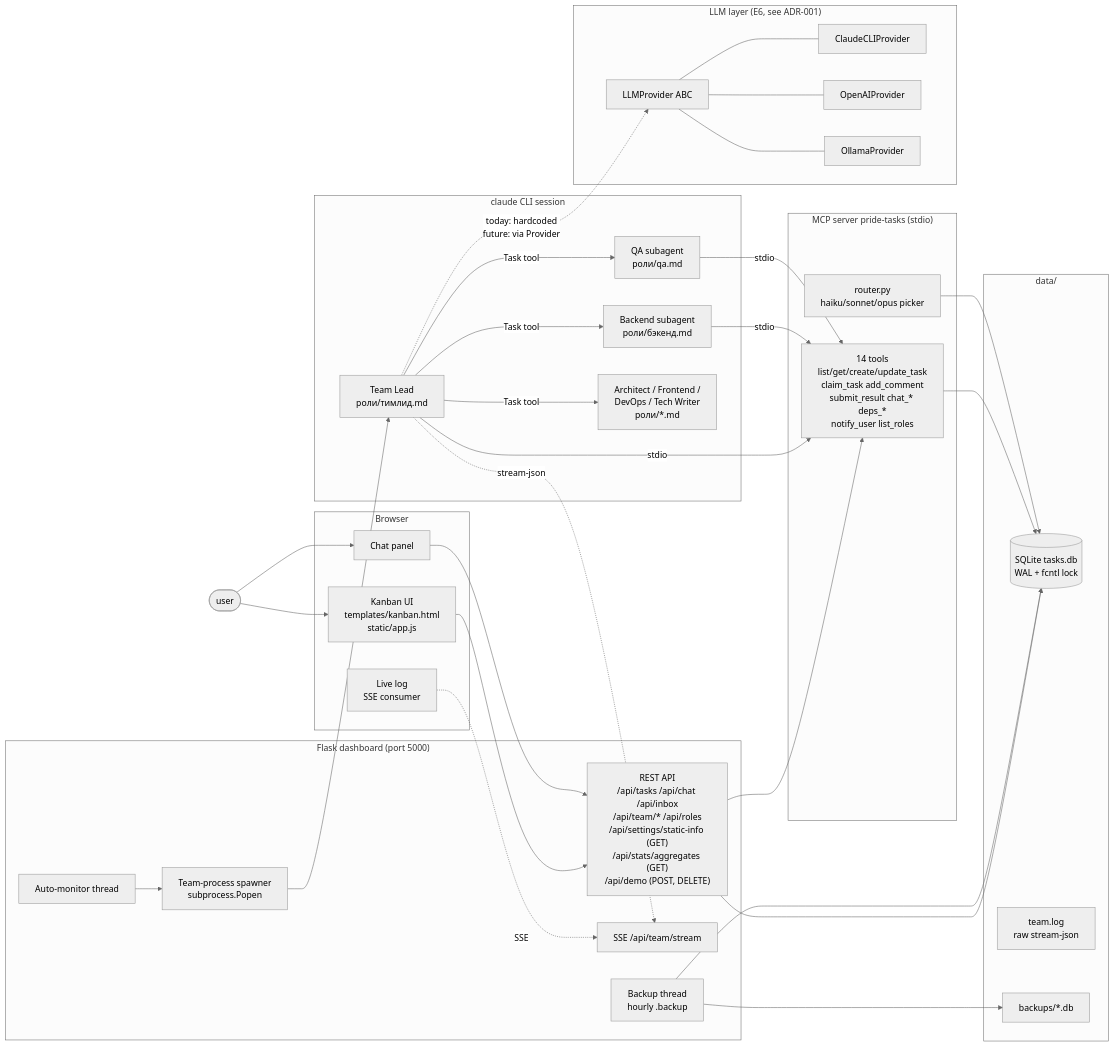
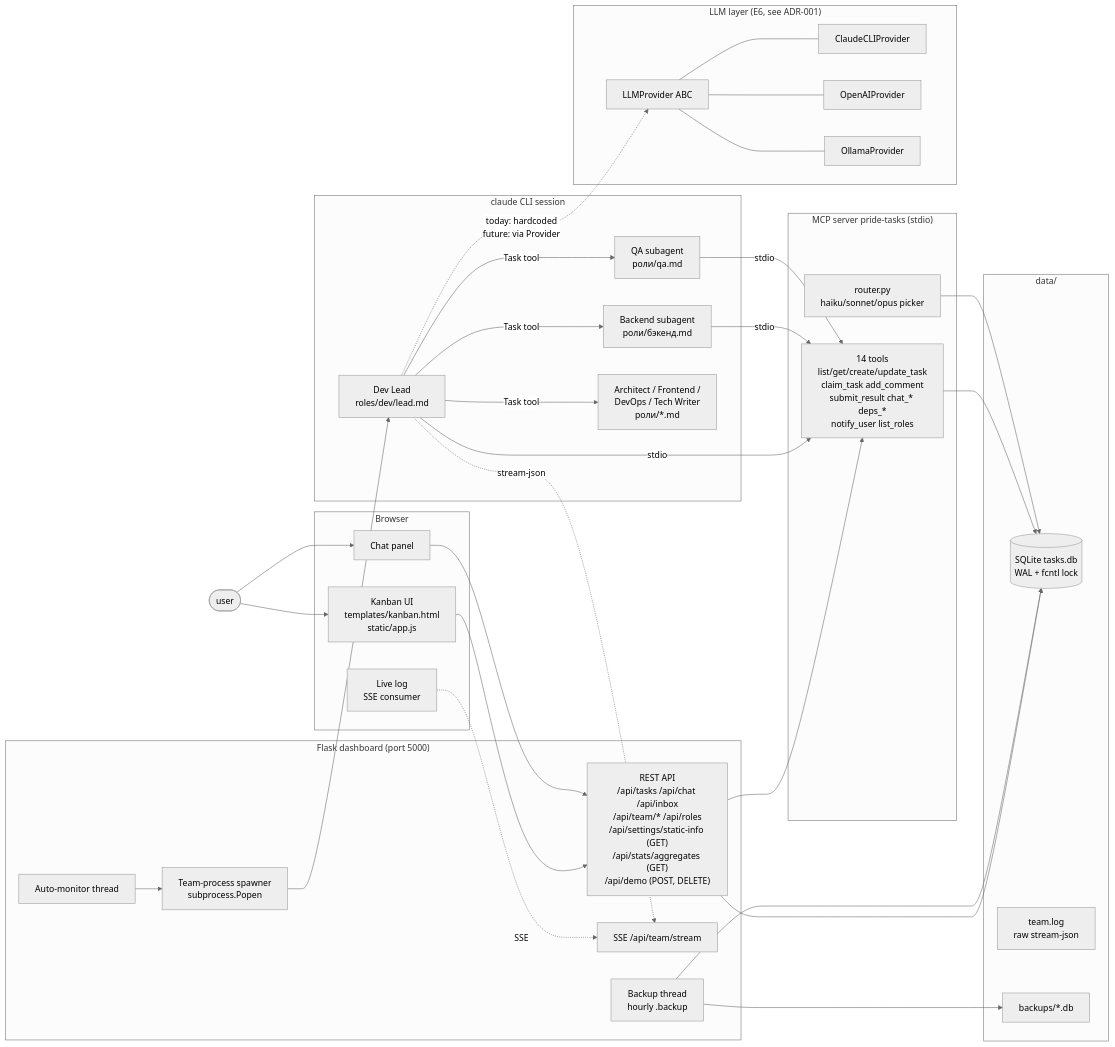
Before and after one commit to rdm9x/devboard: the first of 5 diagrams in ARCHITECTURE.md, drawn with Mermaid (neutral theme). The commit also changed other lines of this file and 26 other files, not shown here.

````diff
--- a/ARCHITECTURE.md
+++ b/ARCHITECTURE.md
@@ -51,68 +51,68 @@
 ```mermaid
 graph LR
     User([user])
 
     subgraph Browser
         Kanban[Kanban UI<br/>templates/kanban.html<br/>static/app.js]
         Chat[Chat panel]
         LiveLog[Live log<br/>SSE consumer]
     end
 
     subgraph Flask["Flask dashboard (port 5000)"]
         REST["REST API<br/>/api/tasks /api/chat /api/inbox<br/>/api/team/* /api/roles<br/>/api/settings/static-info (GET)<br/>/api/stats/aggregates (GET)<br/>/api/demo (POST, DELETE)"]
         SSE["SSE /api/team/stream"]
         Spawner[Team-process spawner<br/>subprocess.Popen]
         AutoMon[Auto-monitor thread]
         Backup[Backup thread<br/>hourly .backup]
     end
 
     subgraph Storage["data/"]
         DB[(SQLite tasks.db<br/>WAL + fcntl lock)]
         Log[team.log<br/>raw stream-json]
         Backups[backups/*.db]
     end
 
     subgraph Agents["claude CLI session"]
-        Lead[Team Lead<br/>роли/тимлид.md]
+        Lead[Dev Lead<br/>roles/dev/lead.md]
         SubBE[Backend subagent<br/>роли/бэкенд.md]
         SubQA[QA subagent<br/>роли/qa.md]
         SubOpt[Architect / Frontend /<br/>DevOps / Tech Writer<br/>роли/*.md]
     end
 
     subgraph MCP["MCP server pride-tasks (stdio)"]
         Tools[14 tools<br/>list/get/create/update_task<br/>claim_task add_comment<br/>submit_result chat_* deps_*<br/>notify_user list_roles]
         Router[router.py<br/>haiku/sonnet/opus picker]
     end
 
     subgraph LLM["LLM layer (E6, see ADR-001)"]
         Provider[LLMProvider ABC]
         Claude[ClaudeCLIProvider]
         OpenAI[OpenAIProvider]
         Ollama[OllamaProvider]
     end
 
     User --> Kanban
     User --> Chat
     Kanban --> REST
     Chat --> REST
     LiveLog -.SSE.-> SSE
     REST --> Tools
     REST --> DB
     Spawner --> Lead
     AutoMon --> Spawner
     Backup --> Backups
     Backup --> DB
     Lead -- "Task tool" --> SubBE
     Lead -- "Task tool" --> SubQA
     Lead -- "Task tool" --> SubOpt
     Lead -- "stdio" --> Tools
     SubBE -- "stdio" --> Tools
     SubQA -- "stdio" --> Tools
     Tools --> DB
     Router --> DB
     Lead -.stream-json.-> SSE
     Provider --- Claude
     Provider --- OpenAI
     Provider --- Ollama
     Lead -. "today: hardcoded<br/>future: via Provider" .-> Provider
 ```
````
